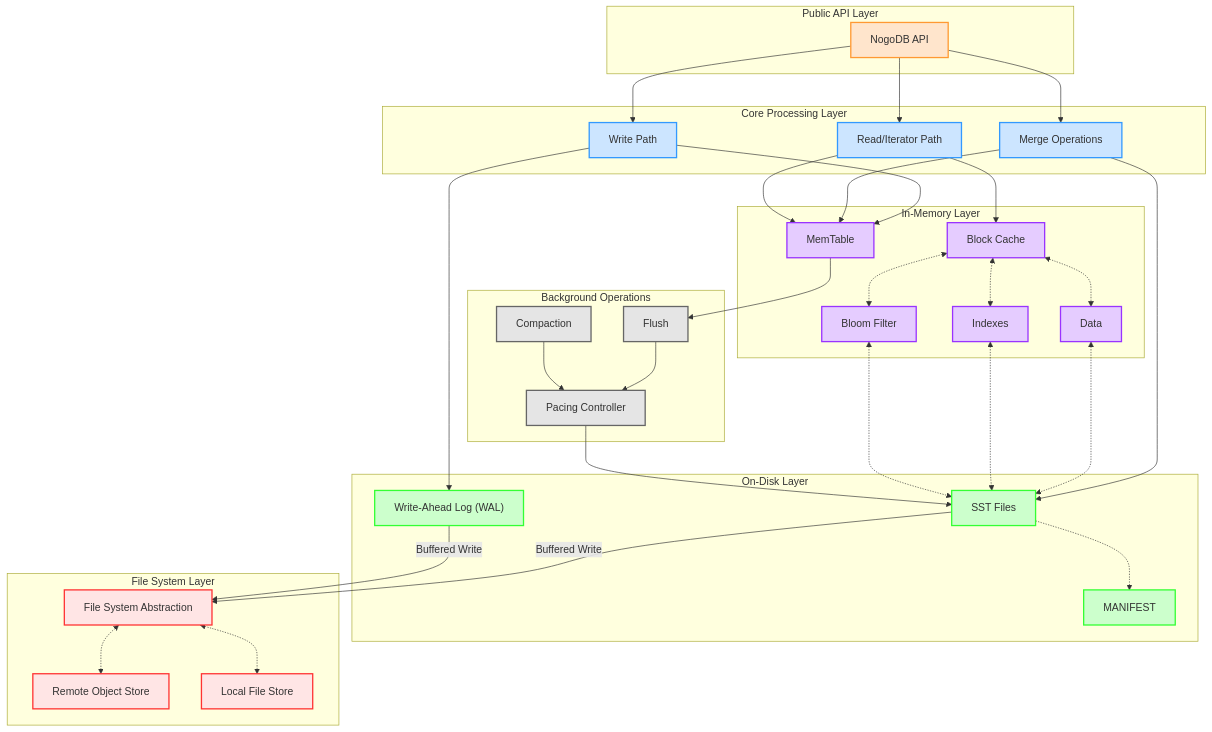
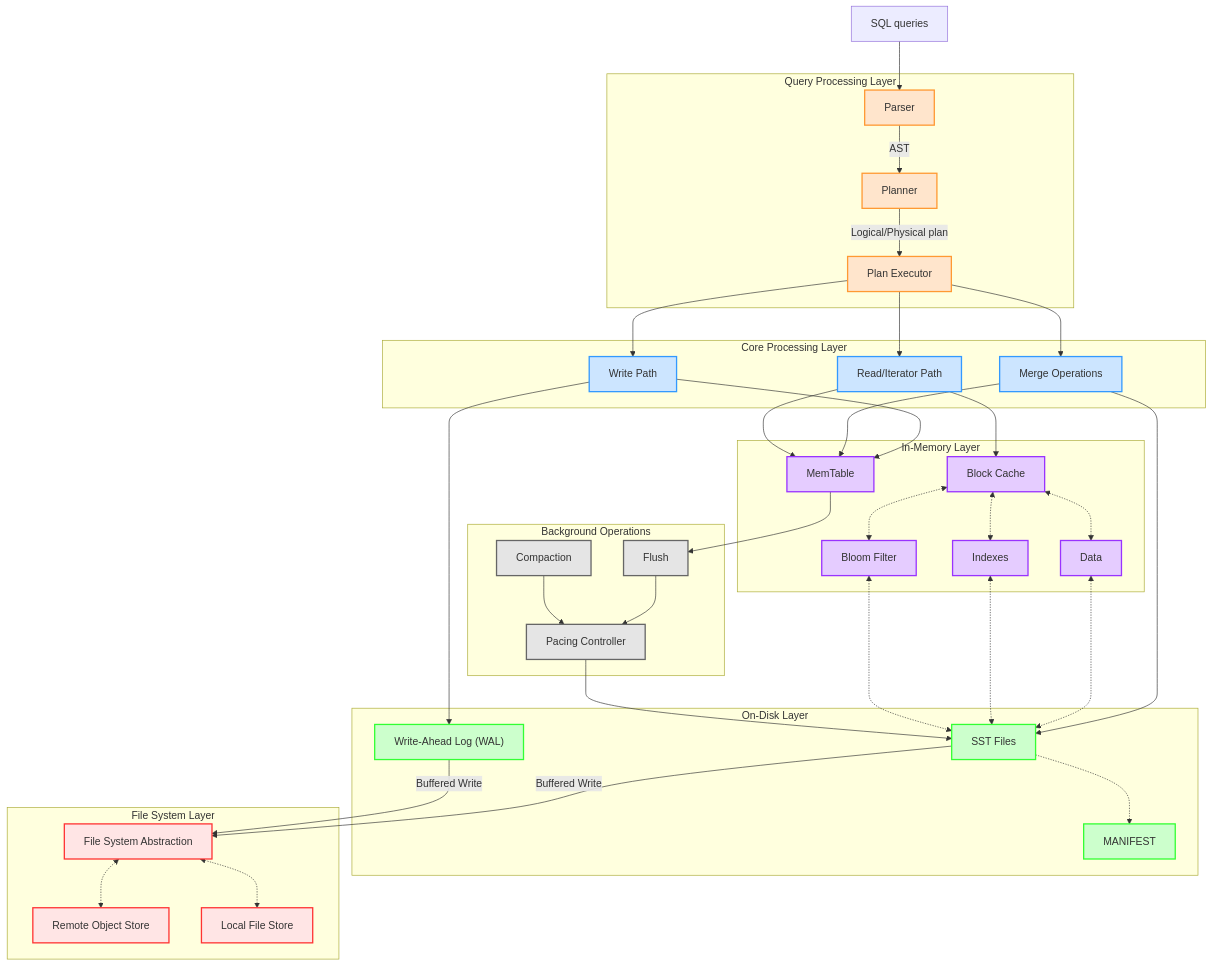
One commit to datnguyenzzz/nogodb changed the diagram in README.md. Above: the diagram before and after it, drawn with Mermaid. The commit also changed other lines of this file and 4 other files, not shown here.

````diff
--- a/README.md
+++ b/README.md
@@ -10,9 +10,12 @@
 ```mermaid
 graph TB
+    SQL_Query["SQL queries"]
 %% Subgraphs with padding for spacing
-    subgraph PublicAPI["Public API Layer"]
+    subgraph PublicAPI["Query Processing Layer"]
         style PublicAPI padding:15px
-        NogoDB_API["NogoDB API"]:::api
+        Parser["Parser"]:::api
+        Planner["Planner"]:::api
+        PlanExecutor["Plan Executor"]:::api
     end
 
     subgraph Core["Core Processing Layer"]
@@ -53,9 +56,12 @@
     end
 
 %% Main flow connections (consistent arrow direction left to right)
-    NogoDB_API --> WritePath
-    NogoDB_API --> ReadPath
-    NogoDB_API --> MergeOps
+    SQL_Query --> Parser
+    Parser --> |AST| Planner
+    Planner --> |Logical/Physical plan| PlanExecutor
+    PlanExecutor --> WritePath
+    PlanExecutor --> ReadPath
+    PlanExecutor --> MergeOps
 
     WritePath --> MemTable
     WritePath --> WALog
````
